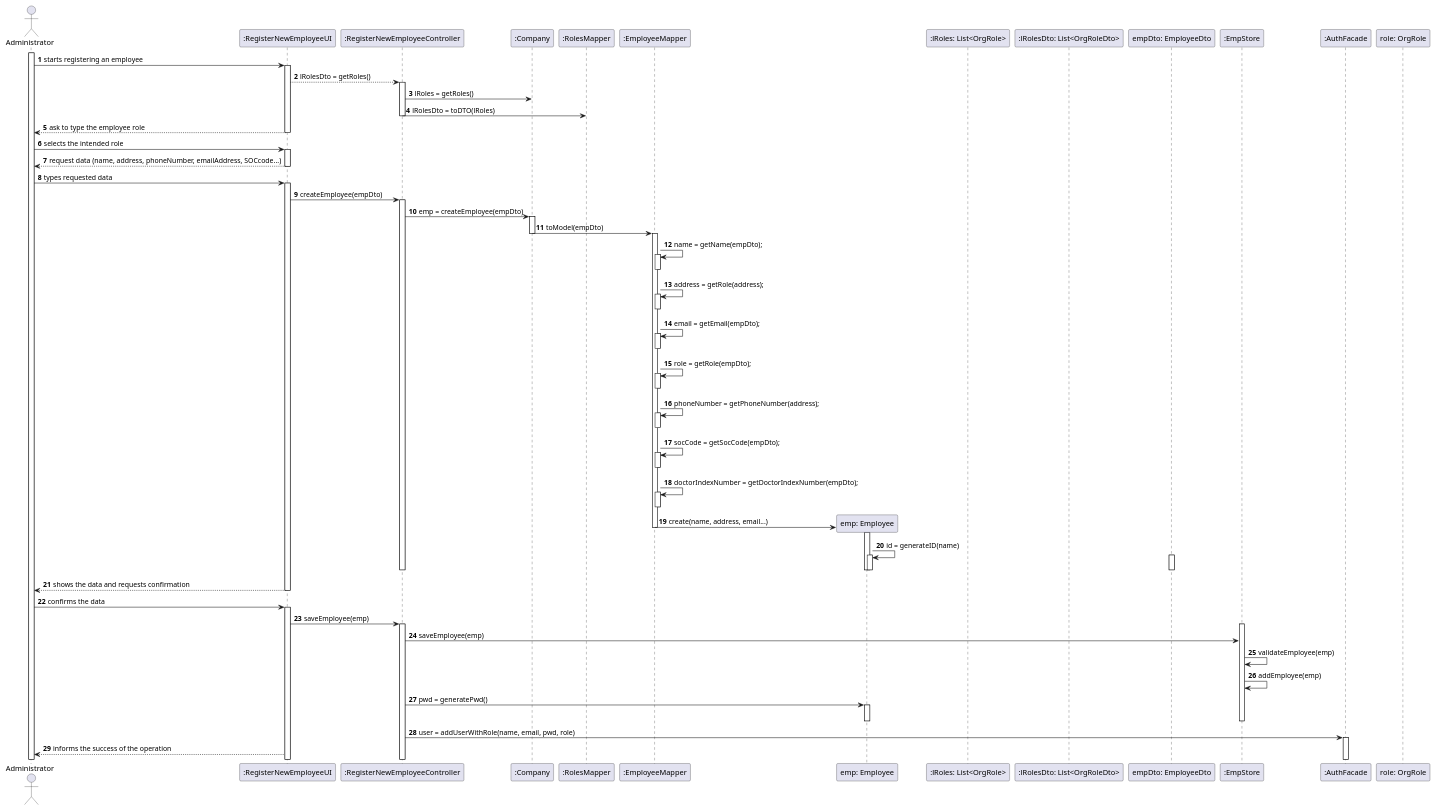
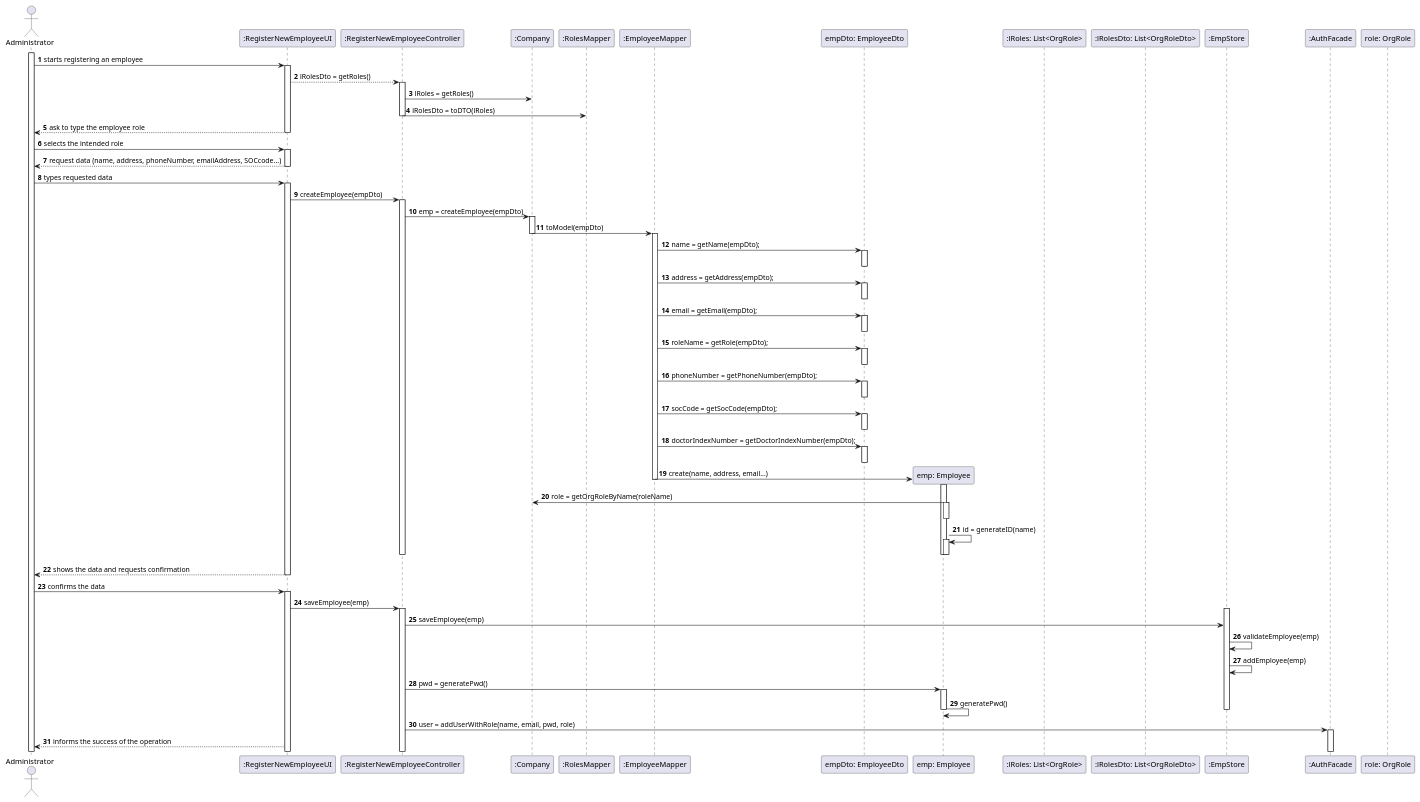
The diagram in docs/SprintB/US07/US07-SD.puml (0franciscor/lei-21-s2-1de-g19), drawn with PlantUML before and after one commit. The commit also changed 4 other files, not shown here.

```diff
--- a/docs/SprintB/US07/US07-SD.puml
+++ b/docs/SprintB/US07/US07-SD.puml
@@ -1,93 +1,91 @@
 @startuml
 'https://plantuml.com/sequence-diagram
 
 autonumber
 actor "Administrator" as A
 
 activate A
 A -> ":RegisterNewEmployeeUI" : starts registering an employee
 activate ":RegisterNewEmployeeUI"
 ":RegisterNewEmployeeUI" --> ":RegisterNewEmployeeController" : lRolesDto = getRoles()
 activate ":RegisterNewEmployeeController"
 ":RegisterNewEmployeeController" -> ":Company" : lRoles = getRoles()
 ":RegisterNewEmployeeController" -> ":RolesMapper" : lRolesDto = toDTO(lRoles)
 deactivate ":RegisterNewEmployeeController"
 ":RegisterNewEmployeeUI" --> A : ask to type the employee role
 deactivate ":RegisterNewEmployeeUI"
 A -> ":RegisterNewEmployeeUI" : selects the intended role
 activate ":RegisterNewEmployeeUI"
 ":RegisterNewEmployeeUI" --> A : request data (name, address, phoneNumber, emailAddress, SOCcode...)
 deactivate ":RegisterNewEmployeeUI"
 A -> ":RegisterNewEmployeeUI" : types requested data
 activate ":RegisterNewEmployeeUI"
 ":RegisterNewEmployeeUI" -> ":RegisterNewEmployeeController" : createEmployee(empDto)
 activate ":RegisterNewEmployeeController"
 
 
 ":RegisterNewEmployeeController" -> ":Company" : emp = createEmployee(empDto)
 activate ":Company"
 ":Company" -> ":EmployeeMapper" : toModel(empDto)
 deactivate ":Company"
 activate ":EmployeeMapper"
-":EmployeeMapper" -> ":EmployeeMapper" : name = getName(empDto);
-activate ":EmployeeMapper"
-deactivate ":EmployeeMapper"
-":EmployeeMapper" -> ":EmployeeMapper" : address = getRole(address);
-activate ":EmployeeMapper"
-deactivate ":EmployeeMapper"
-":EmployeeMapper" -> ":EmployeeMapper" : email = getEmail(empDto);
-activate ":EmployeeMapper"
-deactivate ":EmployeeMapper"
-":EmployeeMapper" -> ":EmployeeMapper" : role = getRole(empDto);
-activate ":EmployeeMapper"
-deactivate ":EmployeeMapper"
-":EmployeeMapper" -> ":EmployeeMapper" : phoneNumber = getPhoneNumber(address);
-activate ":EmployeeMapper"
-deactivate ":EmployeeMapper"
-":EmployeeMapper" -> ":EmployeeMapper" : socCode = getSocCode(empDto);
-activate ":EmployeeMapper"
-deactivate ":EmployeeMapper"
-":EmployeeMapper" -> ":EmployeeMapper" : doctorIndexNumber = getDoctorIndexNumber(empDto);
-activate ":EmployeeMapper"
-deactivate ":EmployeeMapper"
+":EmployeeMapper" -> "empDto: EmployeeDto" : name = getName(empDto);
+activate "empDto: EmployeeDto"
+deactivate "empDto: EmployeeDto"
+":EmployeeMapper" -> "empDto: EmployeeDto" : address = getAddress(empDto);
+activate "empDto: EmployeeDto"
+deactivate "empDto: EmployeeDto"
+":EmployeeMapper" -> "empDto: EmployeeDto" : email = getEmail(empDto);
+activate "empDto: EmployeeDto"
+deactivate "empDto: EmployeeDto"
+":EmployeeMapper" -> "empDto: EmployeeDto" : roleName = getRole(empDto);
+activate "empDto: EmployeeDto"
+deactivate "empDto: EmployeeDto"
+":EmployeeMapper" -> "empDto: EmployeeDto" : phoneNumber = getPhoneNumber(empDto);
+activate "empDto: EmployeeDto"
+deactivate "empDto: EmployeeDto"
+":EmployeeMapper" -> "empDto: EmployeeDto" : socCode = getSocCode(empDto);
+activate "empDto: EmployeeDto"
+deactivate "empDto: EmployeeDto"
+":EmployeeMapper" -> "empDto: EmployeeDto" : doctorIndexNumber = getDoctorIndexNumber(empDto);
+activate "empDto: EmployeeDto"
+deactivate "empDto: EmployeeDto"
 create "emp: Employee"
 ":EmployeeMapper" -> "emp: Employee" : create(name, address, email...)
 deactivate ":EmployeeMapper"
 activate "emp: Employee"
+"emp: Employee" -> ":Company" : role = getOrgRoleByName(roleName)
+activate "emp: Employee"
+deactivate "emp: Employee"
 "emp: Employee" -> "emp: Employee" : id = generateID(name)
 activate "emp: Employee"
 deactivate "emp: Employee"
 deactivate "emp: Employee"
 deactivate ":RegisterNewEmployeeController"
 participant ":lRoles: List<OrgRole>"
 participant ":lRolesDto: List<OrgRoleDto>"
-
-
-activate "empDto: EmployeeDto"
 deactivate "empDto: EmployeeDto"
-
-
-deactivate "empDto: EmployeeDto"
-
 deactivate ":Company"
 deactivate "role: OrgRole"
 ":RegisterNewEmployeeUI" --> A : shows the data and requests confirmation
 deactivate ":RegisterNewEmployeeUI"
 A -> ":RegisterNewEmployeeUI" : confirms the data
 activate ":RegisterNewEmployeeUI"
 ":RegisterNewEmployeeUI" -> ":RegisterNewEmployeeController" : saveEmployee(emp)
 activate ":RegisterNewEmployeeController"
 activate ":EmpStore"
 ":RegisterNewEmployeeController" -> ":EmpStore" : saveEmployee(emp)
 ":EmpStore" -> ":EmpStore" : validateEmployee(emp)
 ":EmpStore" -> ":EmpStore" : addEmployee(emp)
 ":RegisterNewEmployeeController" -> "emp: Employee" : pwd = generatePwd()
 activate "emp: Employee"
+"emp: Employee" -> "emp: Employee" : generatePwd()
 deactivate "emp: Employee"
 deactivate ":EmpStore"
+
 ":RegisterNewEmployeeController" -> ":AuthFacade" : user = addUserWithRole(name, email, pwd, role)
 activate ":AuthFacade"
 
 ":RegisterNewEmployeeUI" --> A : informs the success of the operation
 participant "role: OrgRole"
 @enduml
```
